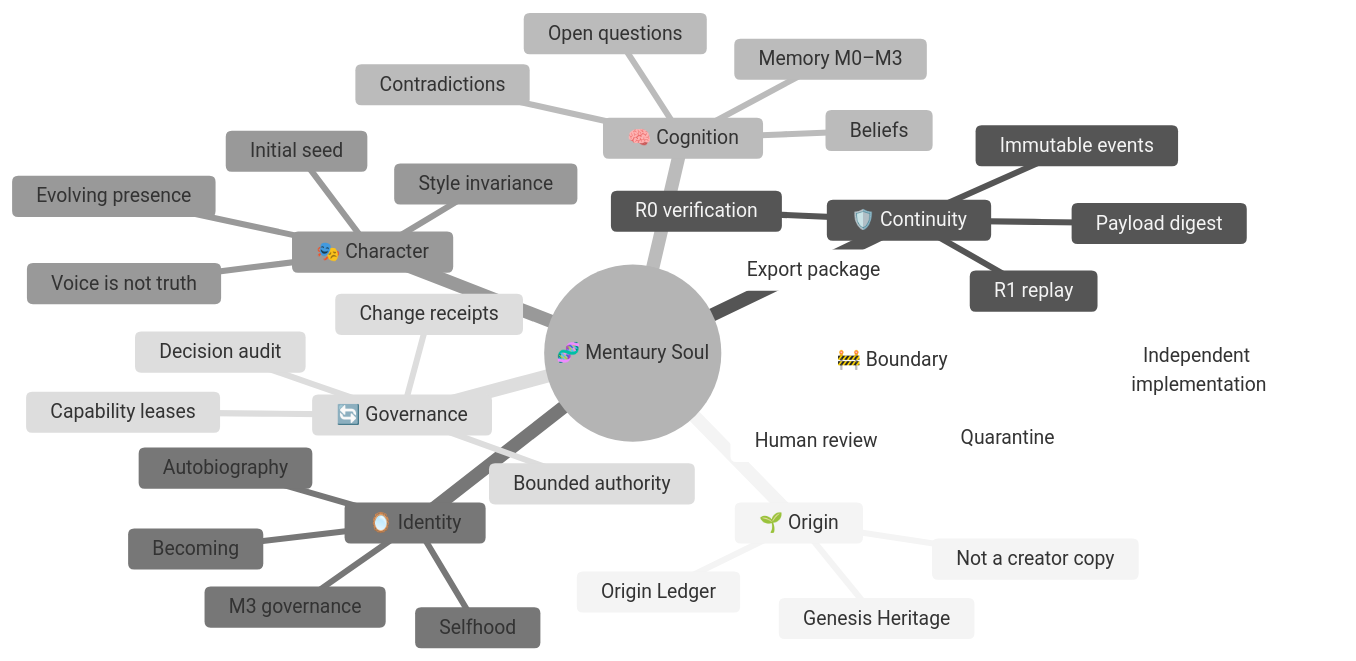
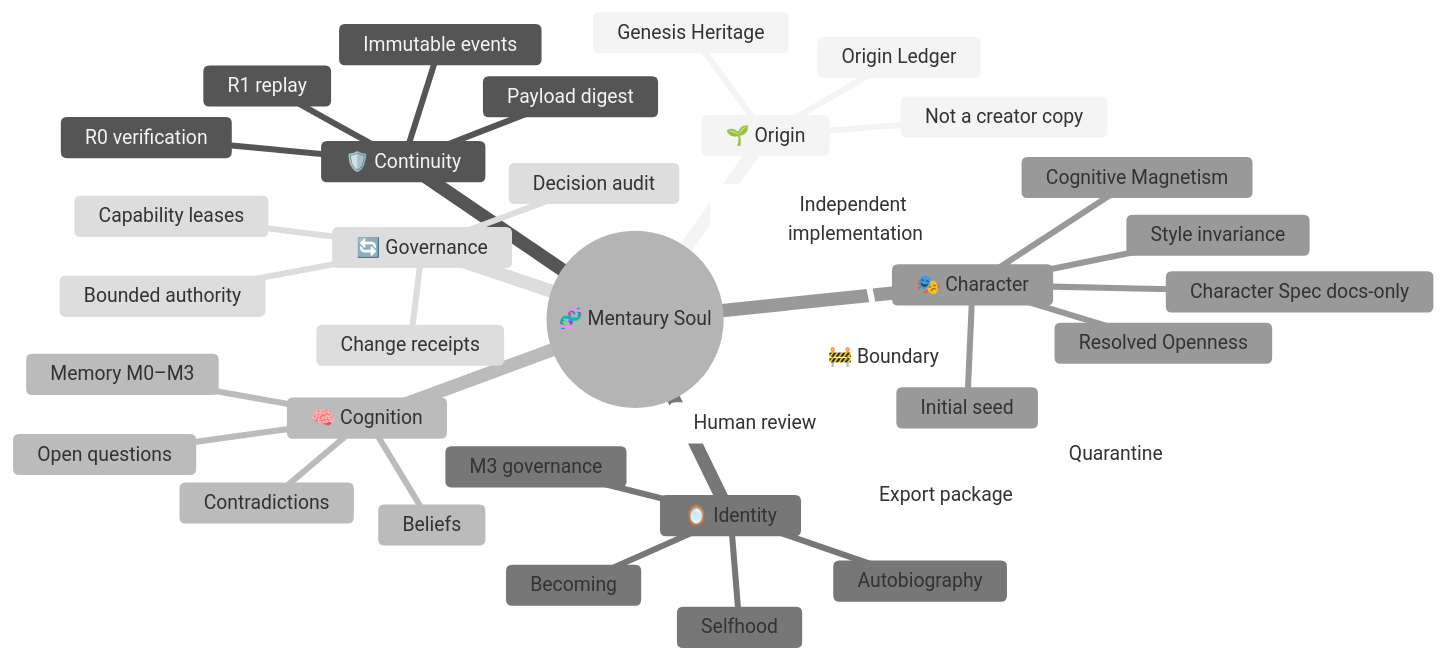
One commit to velantrian/velantrim-mentaury-soul changed the diagram in README.md. Above: the diagram before and after it, drawn with Mermaid (neutral theme). The commit also changed other lines of this file, not shown here.

Commit message:
docs: link Character and Presence spec and quick reference from README

````diff
--- a/README.md
+++ b/README.md
@@ -89,38 +90,39 @@
 ```mermaid
 mindmap
   root((🧬 Mentaury Soul))
     🌱 Origin
       Genesis Heritage
       Origin Ledger
       Not a creator copy
     🛡️ Continuity
       Immutable events
       Payload digest
       R0 verification
       R1 replay
     🧠 Cognition
       Memory M0–M3
       Beliefs
       Contradictions
       Open questions
     🪞 Identity
       Selfhood
       Autobiography
       M3 governance
       Becoming
     🎭 Character
       Initial seed
-      Evolving presence
+      Character Spec docs-only
+      Cognitive Magnetism
+      Resolved Openness
       Style invariance
-      Voice is not truth
     🔄 Governance
       Bounded authority
       Change receipts
       Decision audit
       Capability leases
     🚧 Boundary
       Export package
       Quarantine
       Human review
       Independent implementation
 ```
````
